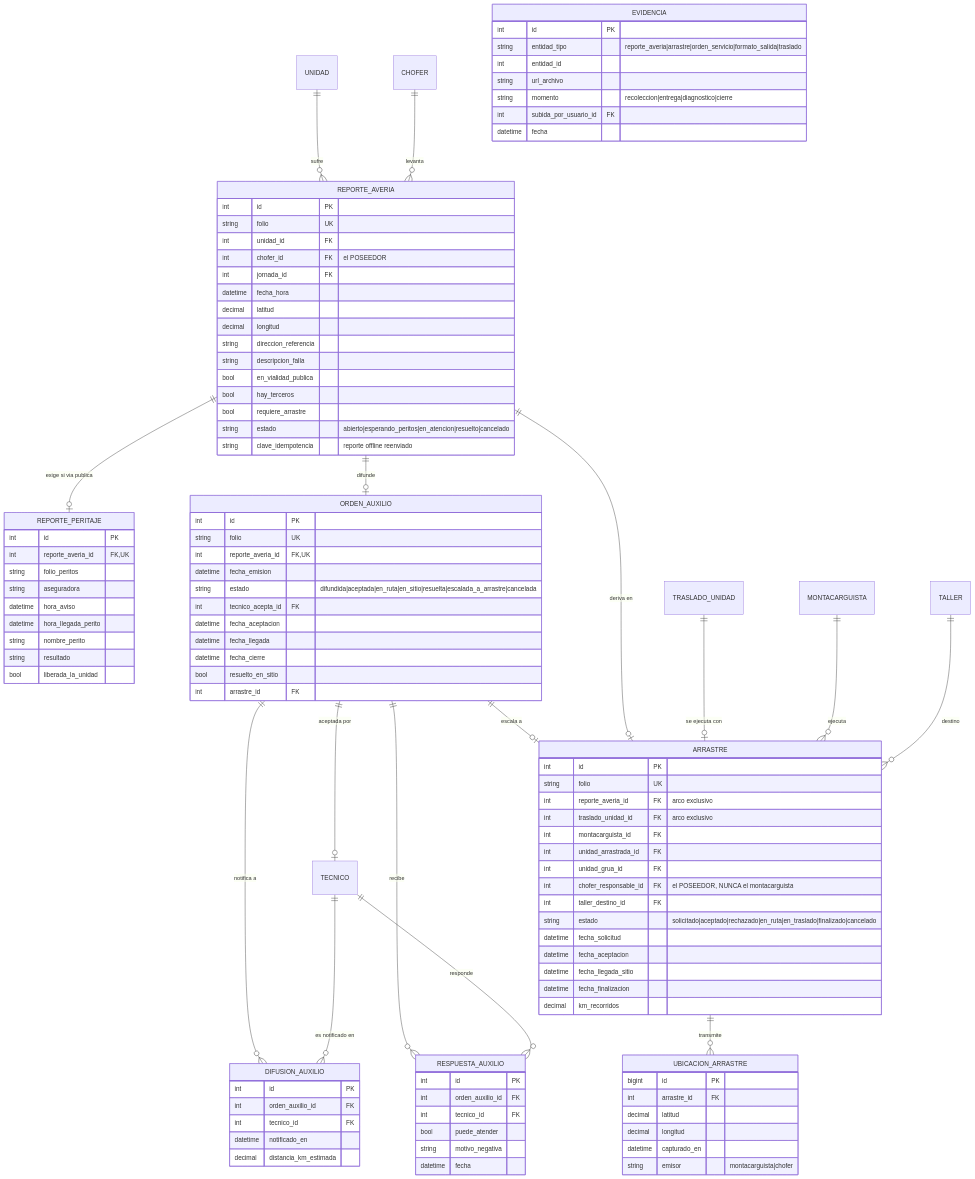
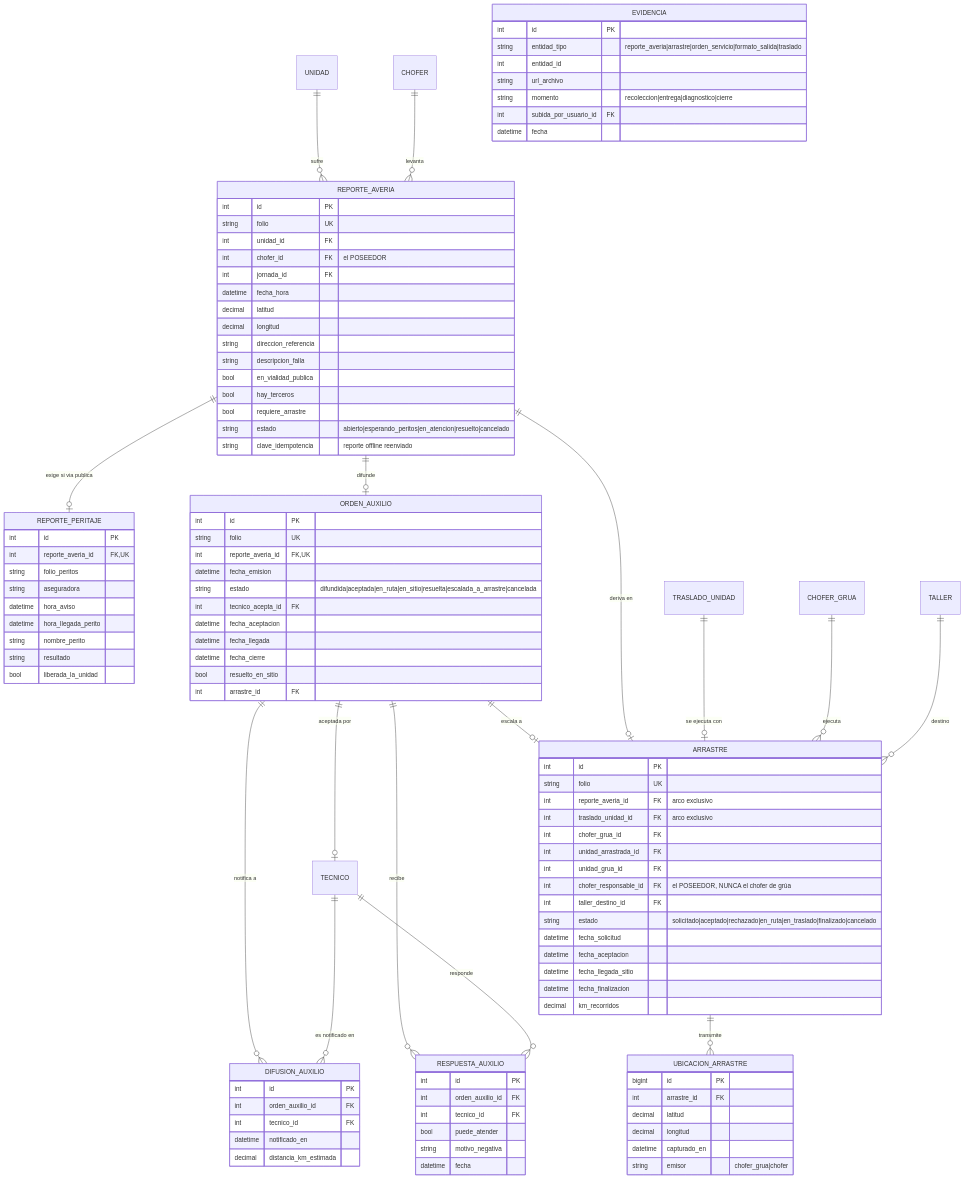
One commit to Villener/Prueba changed the fifth of 5 diagrams in docs/modelo-er.md. Above: the diagram before and after it, drawn with Mermaid. The commit also changed other lines of this file and 15 other files, not shown here.

```diff
--- a/docs/modelo-er.md
+++ b/docs/modelo-er.md
@@ -729,7 +729,7 @@
     ORDEN_AUXILIO ||--o| ARRASTRE : "escala a"
     REPORTE_AVERIA ||--o| ARRASTRE : "deriva en"
     TRASLADO_UNIDAD ||--o| ARRASTRE : "se ejecuta con"
-    MONTACARGUISTA ||--o{ ARRASTRE : "ejecuta"
+    CHOFER_GRUA ||--o{ ARRASTRE : "ejecuta"
     TALLER ||--o{ ARRASTRE : "destino"
     ARRASTRE ||--o{ UBICACION_ARRASTRE : "transmite"
 
@@ -794,10 +794,10 @@
         string folio UK
         int reporte_averia_id FK "arco exclusivo"
         int traslado_unidad_id FK "arco exclusivo"
-        int montacarguista_id FK
+        int chofer_grua_id FK
         int unidad_arrastrada_id FK
         int unidad_grua_id FK
-        int chofer_responsable_id FK "el POSEEDOR, NUNCA el montacarguista"
+        int chofer_responsable_id FK "el POSEEDOR, NUNCA el chofer de grúa"
         int taller_destino_id FK
         string estado "solicitado|aceptado|rechazado|en_ruta|en_traslado|finalizado|cancelado"
         datetime fecha_solicitud
@@ -812,7 +812,7 @@
         decimal latitud
         decimal longitud
         datetime capturado_en
-        string emisor "montacarguista|chofer"
+        string emisor "chofer_grua|chofer"
     }
     EVIDENCIA {
         int id PK
```
